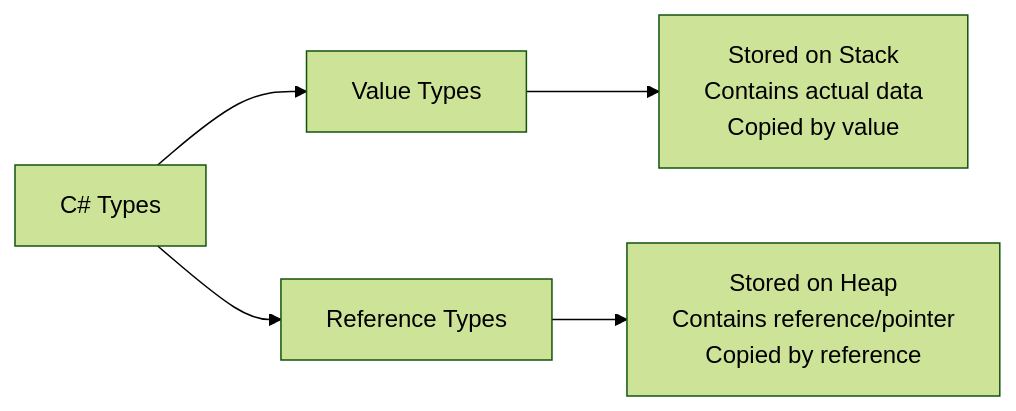
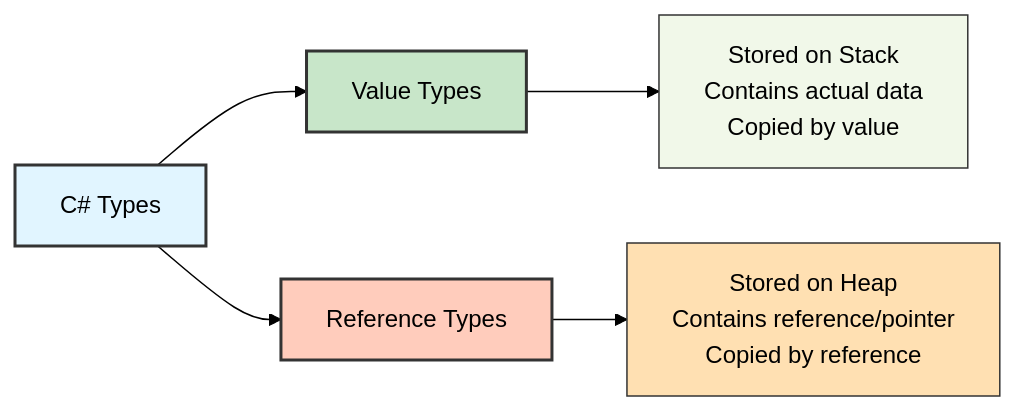
One commit to NguyenPhamCode4You/ai-home-lab-docker-compose changed the second of 12 diagrams in C# fundamentals/day01-type-system.md. Above: the diagram before and after it, drawn with Mermaid (forest theme). The commit also changed other lines of this file and 10 other files, not shown here.

````diff
--- a/C# fundamentals/day01-type-system.md
+++ b/C# fundamentals/day01-type-system.md
@@ -53,7 +53,13 @@
 ```mermaid
 graph LR
     A[C# Types] --> B[Value Types]
     A --> C[Reference Types]
     B --> D[Stored on Stack<br/>Contains actual data<br/>Copied by value]
     C --> E[Stored on Heap<br/>Contains reference/pointer<br/>Copied by reference]
+
+    style A fill:#e1f5ff,stroke:#333,stroke-width:2px
+    style B fill:#c8e6c9,stroke:#333,stroke-width:2px
+    style C fill:#ffccbc,stroke:#333,stroke-width:2px
+    style D fill:#f1f8e9,stroke:#333,stroke-width:1px
+    style E fill:#ffe0b2,stroke:#333,stroke-width:1px
 ```
````
